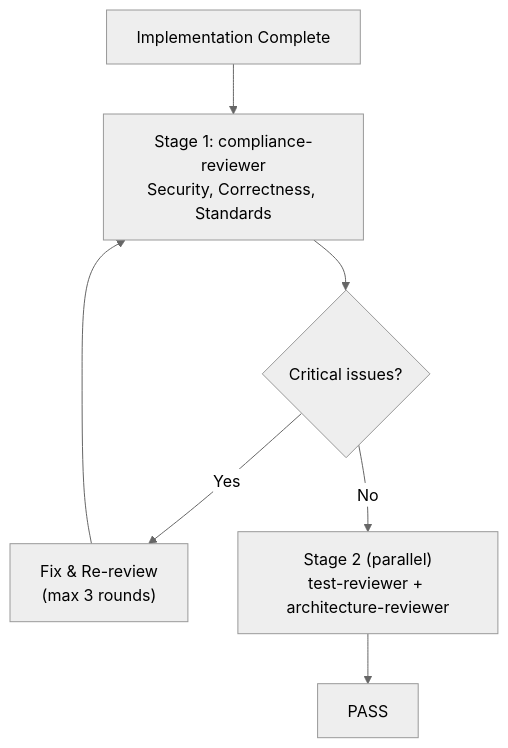
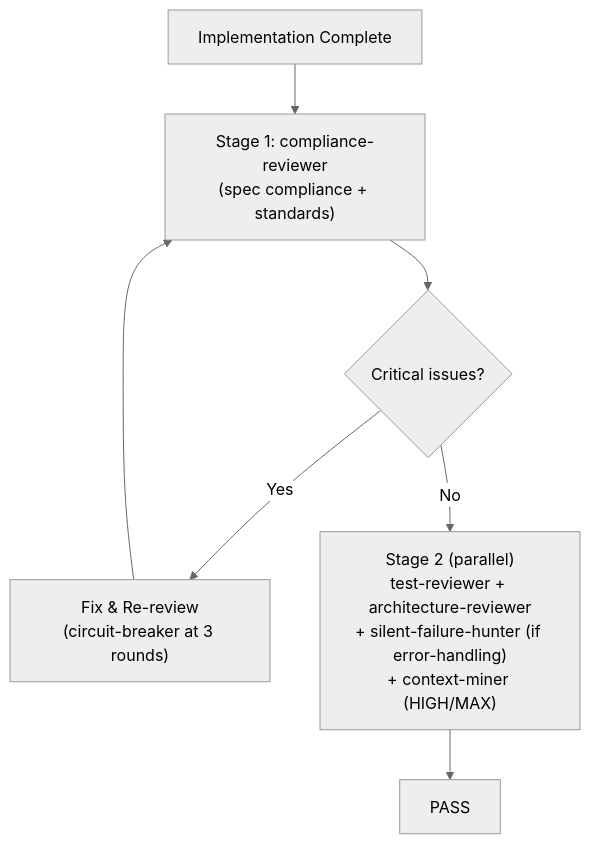
The second of 2 diagrams in README.md (moberghr/mtk-agent-toolkit), drawn with Mermaid (neutral theme) before and after one commit. The commit also changed other lines of this file and 1 other file, not shown here.

````diff
--- a/README.md
+++ b/README.md
@@ -612,13 +413,10 @@
 ```mermaid
 flowchart TD
     DONE["Implementation Complete"] --> S1
-
-    S1["Stage 1: compliance-reviewer<br/>Security, Correctness, Standards"]
+    S1["Stage 1: compliance-reviewer<br/>(spec compliance + standards)"]
     S1 --> CHECK1{Critical issues?}
-
-    CHECK1 -- Yes --> FIX1["Fix & Re-review<br/>(max 3 rounds)"]
+    CHECK1 -- Yes --> FIX1["Fix & Re-review<br/>(circuit-breaker at 3 rounds)"]
     FIX1 --> S1
-
-    CHECK1 -- No --> S2["Stage 2 (parallel)<br/>test-reviewer + architecture-reviewer"]
+    CHECK1 -- No --> S2["Stage 2 (parallel)<br/>test-reviewer + architecture-reviewer<br/>+ silent-failure-hunter (if error-handling)<br/>+ context-miner (HIGH/MAX)"]
     S2 --> PASS["PASS"]
 ```
````
